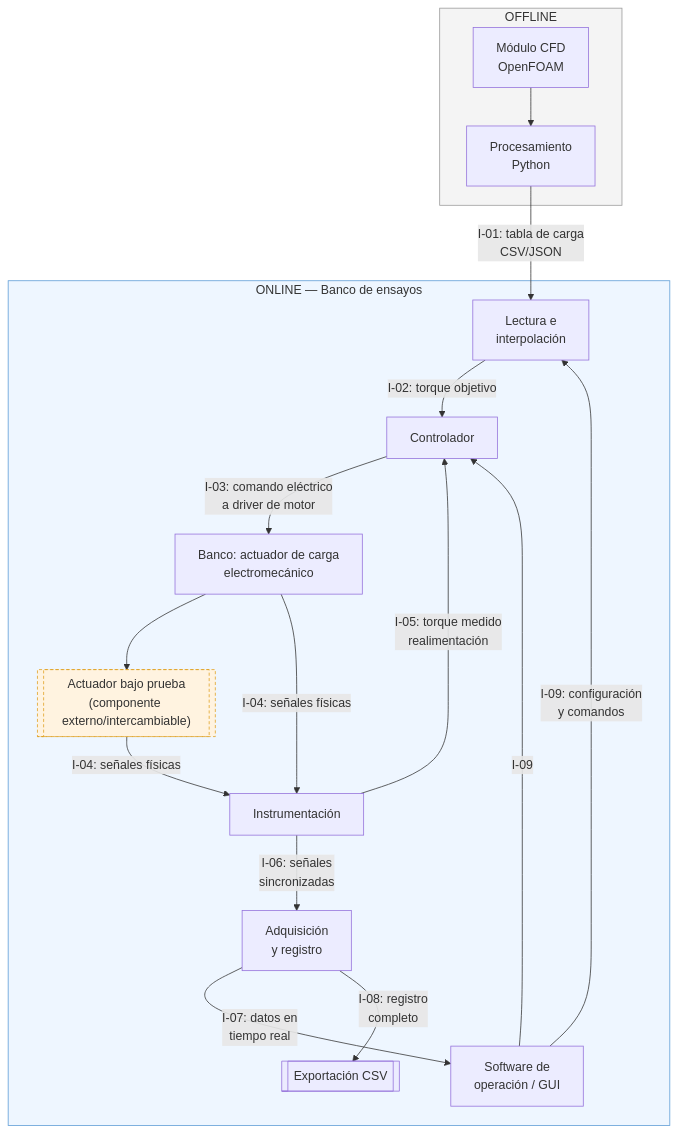
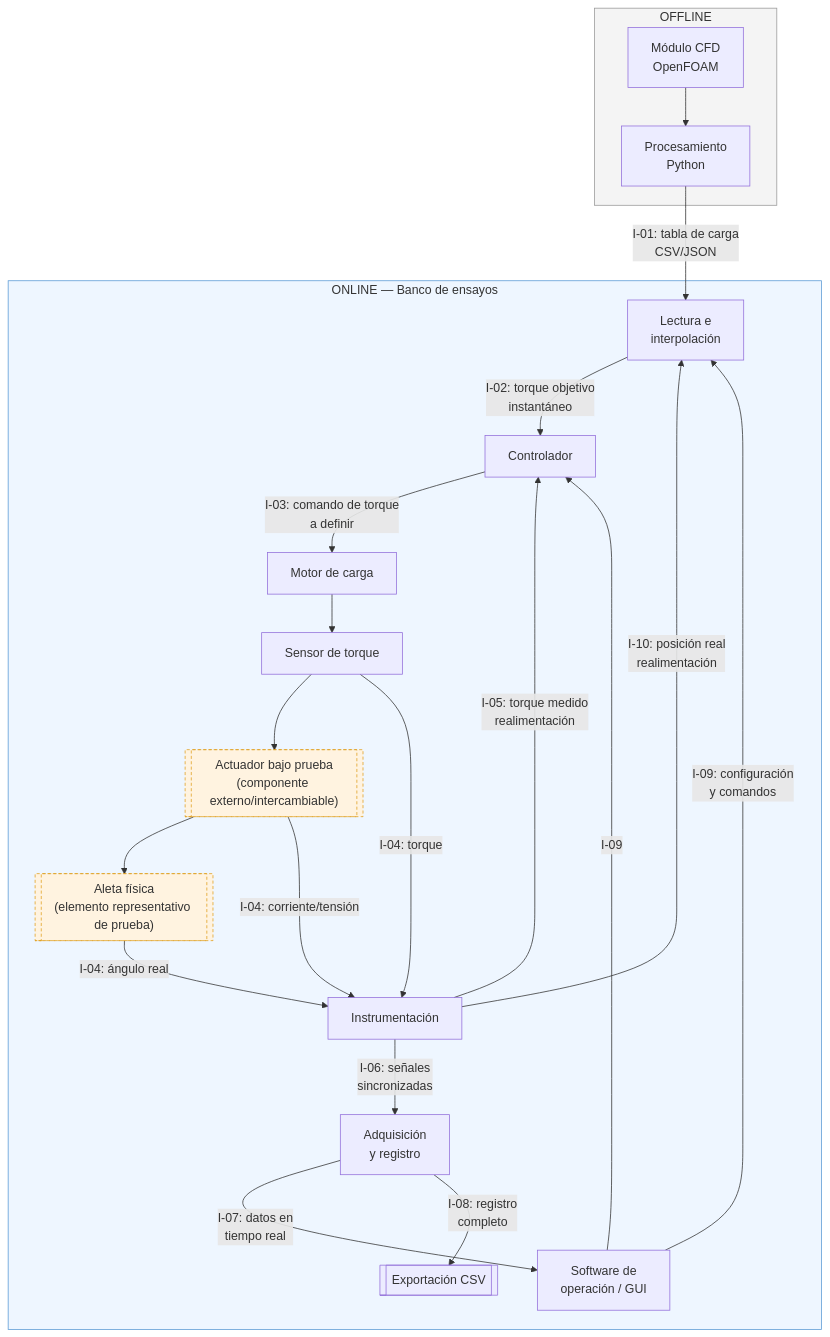
The second of 2 diagrams in 03_Requisitos/05_Arquitectura_del_Sistema.md (Pepe7150/Memoria), drawn with Mermaid before and after one commit. The commit also changed other lines of this file and 5 other files, not shown here.

````diff
--- a/03_Requisitos/05_Arquitectura_del_Sistema.md
+++ b/03_Requisitos/05_Arquitectura_del_Sistema.md
@@ -120,36 +133,43 @@
 ```mermaid
 flowchart TB
     subgraph OFF["OFFLINE"]
         CFD[Módulo CFD<br/>OpenFOAM]
         PROC[Procesamiento<br/>Python]
         CFD --> PROC
     end
 
     PROC -->|I-01: tabla de carga<br/>CSV/JSON| INT
 
     subgraph ON["ONLINE — Banco de ensayos"]
         INT[Lectura e<br/>interpolación]
         CTRL[Controlador]
-        BANCO[Banco: actuador de carga<br/>electromecánico]
+        LOADM[Motor de carga]
+        TSENS[Sensor de torque]
         ACT[["Actuador bajo prueba<br/>(componente externo/intercambiable)"]]
+        FIN[["Aleta física<br/>(elemento representativo de prueba)"]]
         INSTR[Instrumentación]
         DAQ[Adquisición<br/>y registro]
         UI[Software de<br/>operación / GUI]
 
-        INT -->|I-02: torque objetivo| CTRL
-        CTRL -->|I-03: comando eléctrico<br/>a driver de motor| BANCO
-        BANCO --> ACT
-        ACT -->|I-04: señales físicas| INSTR
-        BANCO -->|I-04: señales físicas| INSTR
+        INT -->|I-02: torque objetivo<br/>instantáneo| CTRL
+        CTRL -->|I-03: comando de torque<br/>a definir| LOADM
+        LOADM --> TSENS
+        TSENS --> ACT
+        ACT --> FIN
+        TSENS -->|I-04: torque| INSTR
+        FIN -->|I-04: ángulo real| INSTR
+        ACT -->|I-04: corriente/tensión| INSTR
         INSTR -->|I-05: torque medido<br/>realimentación| CTRL
+        INSTR -->|I-10: posición real<br/>realimentación| INT
         INSTR -->|I-06: señales<br/>sincronizadas| DAQ
         DAQ -->|I-07: datos en<br/>tiempo real| UI
         DAQ -->|I-08: registro<br/>completo| EXP[[Exportación CSV]]
         UI -->|I-09: configuración<br/>y comandos| INT
         UI -->|I-09| CTRL
     end
 
     style OFF fill:#f4f4f4,stroke:#999
     style ON fill:#eef6ff,stroke:#5b9bd5
     style ACT fill:#fff3e0,stroke:#e0a020,stroke-dasharray: 4 3
+    style FIN fill:#fff3e0,stroke:#e0a020,stroke-dasharray: 4 3
 ```
````
